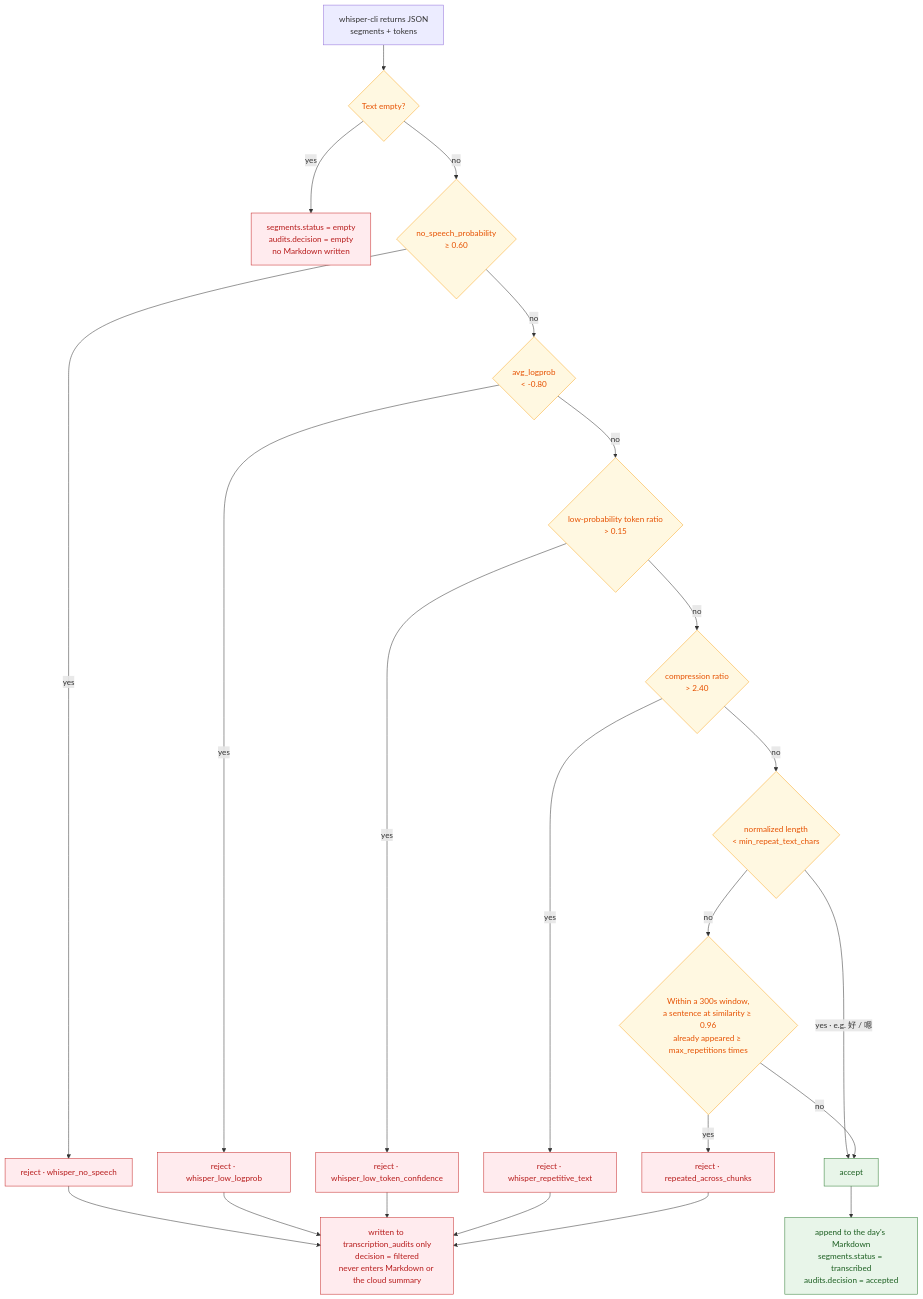
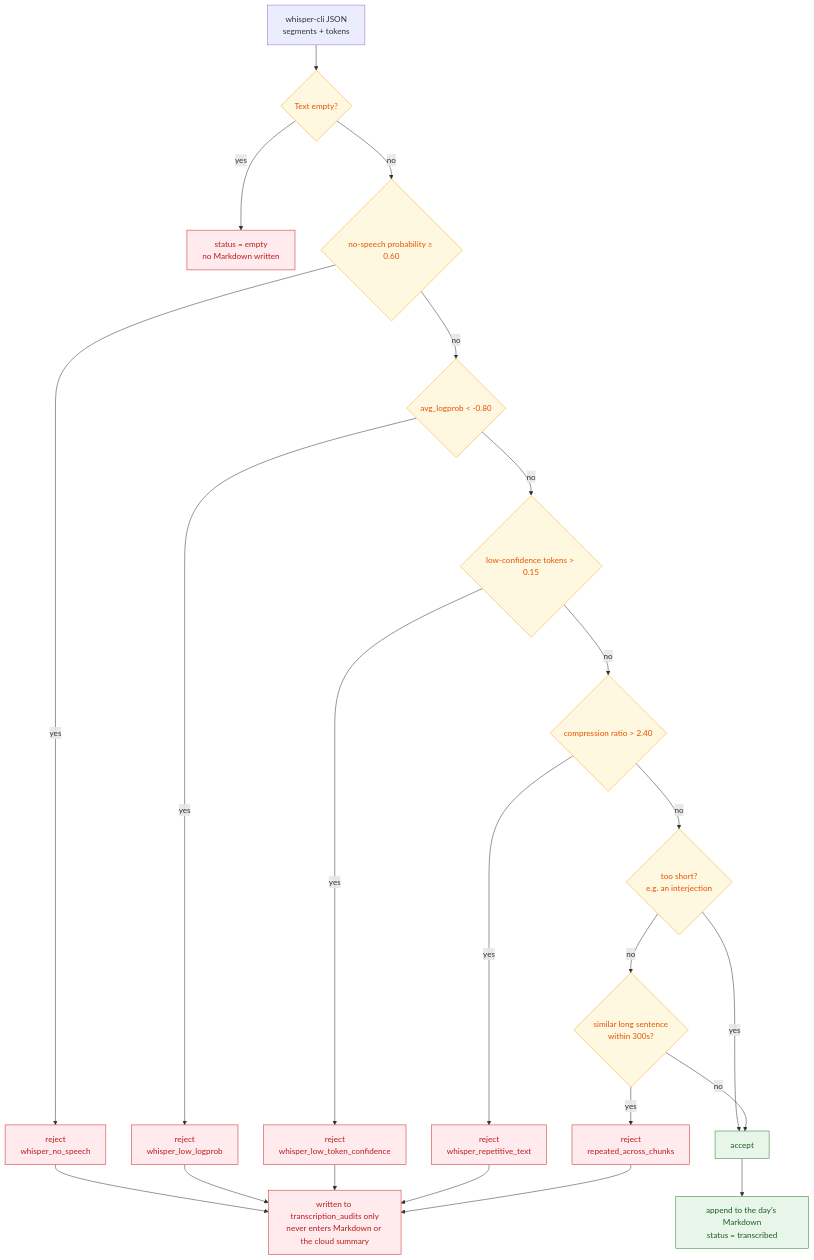
One commit to pcpcchen-coder/FamilyRecorder changed the fourth of 11 diagrams in docs/architecture.en.md. Above: the diagram before and after it, drawn with Mermaid. The commit also changed other lines of this file and 25 other files, not shown here.

````diff
--- a/docs/architecture.en.md
+++ b/docs/architecture.en.md
@@ -242,28 +244,28 @@
 ```mermaid
 flowchart TB
-    IN["whisper-cli returns JSON<br/>segments + tokens"] --> EMPTY{"Text empty?"}
-    EMPTY -->|"yes"| ST_EMPTY["segments.status = empty<br/>audits.decision = empty<br/>no Markdown written"]
-    EMPTY -->|"no"| NS{"no_speech_probability<br/>≥ 0.60"}
-    NS -->|"yes"| F1["reject · whisper_no_speech"]
-    NS -->|"no"| LP{"avg_logprob<br/>&lt; -0.80"}
-    LP -->|"yes"| F2["reject · whisper_low_logprob"]
-    LP -->|"no"| TOK{"low-probability token ratio<br/>&gt; 0.15"}
-    TOK -->|"yes"| F3["reject · whisper_low_token_confidence"]
-    TOK -->|"no"| CR{"compression ratio<br/>&gt; 2.40"}
-    CR -->|"yes"| F4["reject · whisper_repetitive_text"]
-    CR -->|"no"| SHORT{"normalized length<br/>&lt; min_repeat_text_chars"}
-    SHORT -->|"yes · e.g. 好 / 嗯"| OK["accept"]
-    SHORT -->|"no"| REP{"Within a 300s window,<br/>a sentence at similarity ≥ 0.96<br/>already appeared ≥ max_repetitions times"}
-    REP -->|"yes"| F5["reject · repeated_across_chunks"]
+    IN["whisper-cli JSON<br/>segments + tokens"] --> EMPTY{"Text empty?"}
+    EMPTY -->|"yes"| ST_EMPTY["status = empty<br/>no Markdown written"]
+    EMPTY -->|"no"| NS{"no-speech probability ≥ 0.60"}
+    NS -->|"yes"| F1["reject<br/>whisper_no_speech"]
+    NS -->|"no"| LP{"avg_logprob &lt; -0.80"}
+    LP -->|"yes"| F2["reject<br/>whisper_low_logprob"]
+    LP -->|"no"| TOK{"low-confidence tokens &gt; 0.15"}
+    TOK -->|"yes"| F3["reject<br/>whisper_low_token_confidence"]
+    TOK -->|"no"| CR{"compression ratio &gt; 2.40"}
+    CR -->|"yes"| F4["reject<br/>whisper_repetitive_text"]
+    CR -->|"no"| SHORT{"too short?<br/>e.g. an interjection"}
+    SHORT -->|"yes"| OK["accept"]
+    SHORT -->|"no"| REP{"similar long sentence<br/>within 300s?"}
+    REP -->|"yes"| F5["reject<br/>repeated_across_chunks"]
     REP -->|"no"| OK
 
-    OK --> WRITE["append to the day's Markdown<br/>segments.status = transcribed<br/>audits.decision = accepted"]
-    F1 & F2 & F3 & F4 & F5 --> AUD["written to transcription_audits only<br/>decision = filtered<br/>never enters Markdown or the cloud summary"]
+    OK --> WRITE["append to the day's Markdown<br/>status = transcribed"]
+    F1 & F2 & F3 & F4 & F5 --> AUD["written to transcription_audits only<br/>never enters Markdown or the cloud summary"]
 
     classDef keep fill:#e8f5e9,stroke:#2e7d32,color:#1b5e20
     classDef drop fill:#ffebee,stroke:#c62828,color:#b71c1c
     classDef q fill:#fff8e1,stroke:#f9a825,color:#e65100
     class OK,WRITE keep
     class F1,F2,F3,F4,F5,AUD,ST_EMPTY drop
     class EMPTY,NS,LP,TOK,CR,SHORT,REP q
 ```
````
